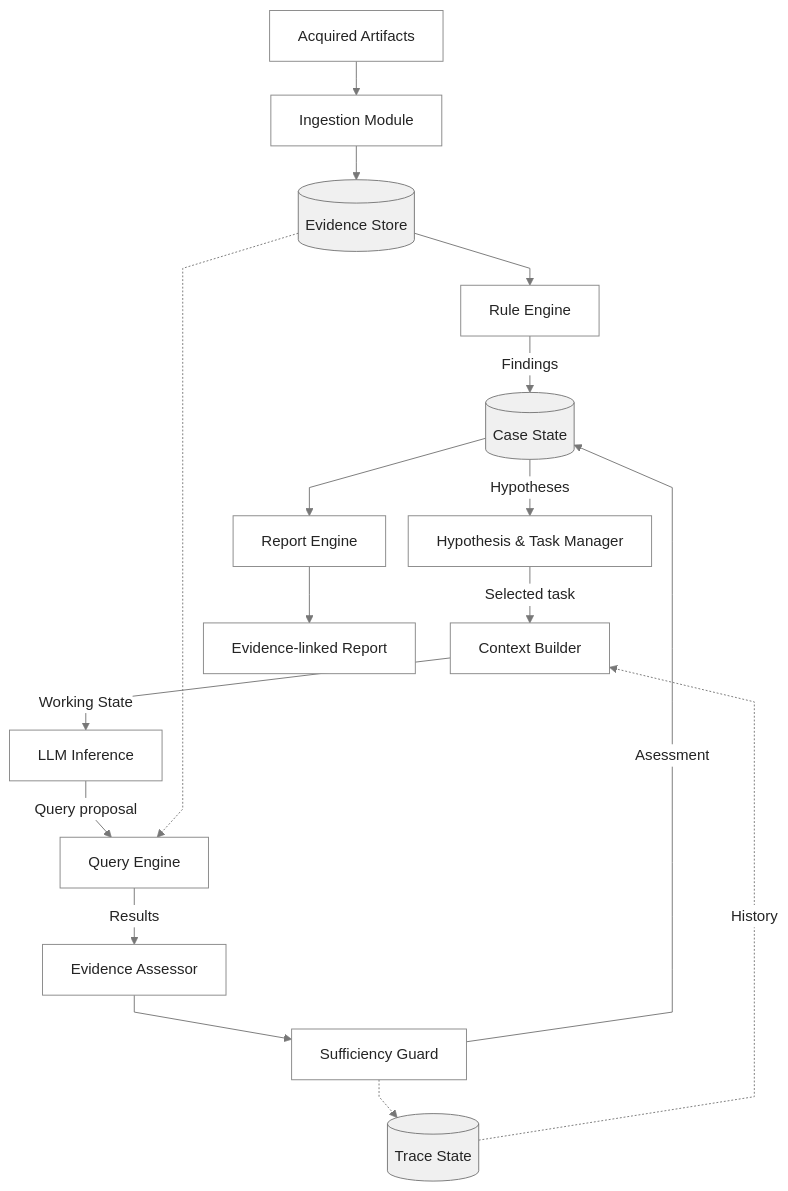
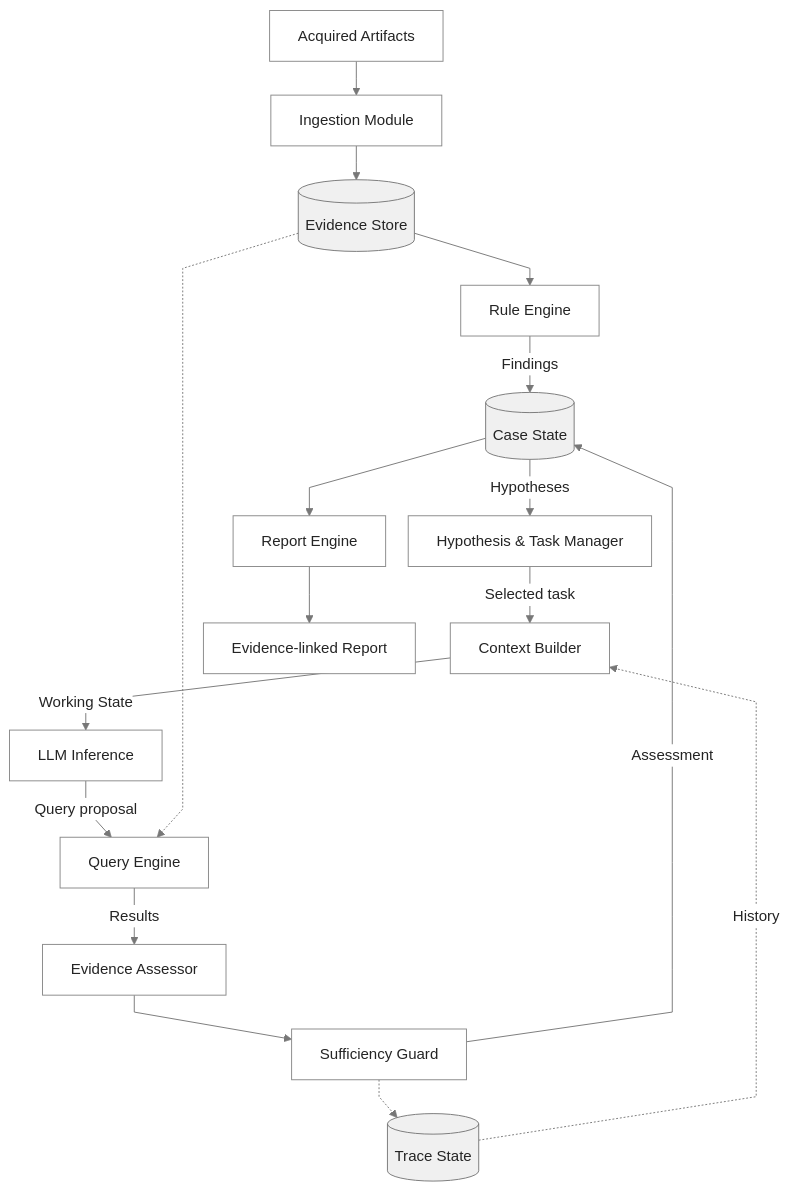
One commit to sumeshi/forensia changed the diagram in README-ja.md. Above: the diagram before and after it, drawn with Mermaid. The commit also changed other lines of this file and 2 other files, not shown here.

````diff
--- a/README-ja.md
+++ b/README-ja.md
@@ -79,40 +81,40 @@
 ```mermaid
 ---
 config:
   theme: base
   themeVariables:
     primaryColor: "#ffffff"
     primaryTextColor: "#242424"
     primaryBorderColor: "#888888"
     lineColor: "#777777"
     fontFamily: "Arial"
   flowchart:
     curve: linear
     nodeSpacing: 24
     rankSpacing: 36
 ---
 flowchart TB
     A["Acquired Artifacts"] --> N["Ingestion Module"]
     N --> E[("Evidence Store")]
     E --> R["Rule Engine"]
     R -->|"Findings"| C[("Case State")]
 
     C -->|"Hypotheses"| H["Hypothesis & Task Manager"]
     H -->|"Selected task"| X["Context Builder"]
     X -->|"Working State"| L["LLM Inference"]
     L -->|"Query proposal"| Q["Query Engine"]
     E -.-> Q
 
     Q -->|"Results"| V["Evidence Assessor"]
     V --> S["Sufficiency Guard"]
-    S -->|"Asessment"| C
+    S -->|"Assessment"| C
 
     S -.-> T[("Trace State")]
     T -.->|"History"| X
 
     C --> B["Report Engine"]
     B --> O["Evidence-linked Report"]
 
     classDef store fill:#f0f0f0,stroke:#777777,color:#242424
     class E,C,T store
 ```
````
